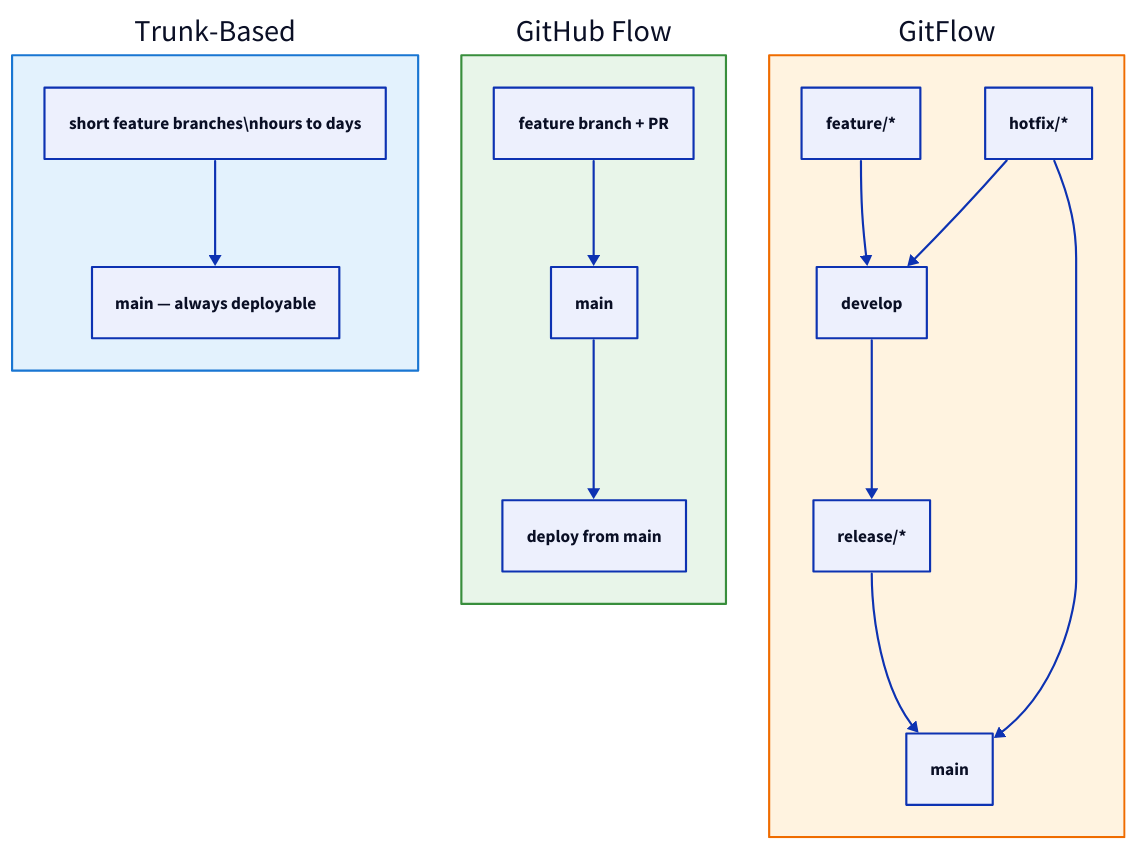
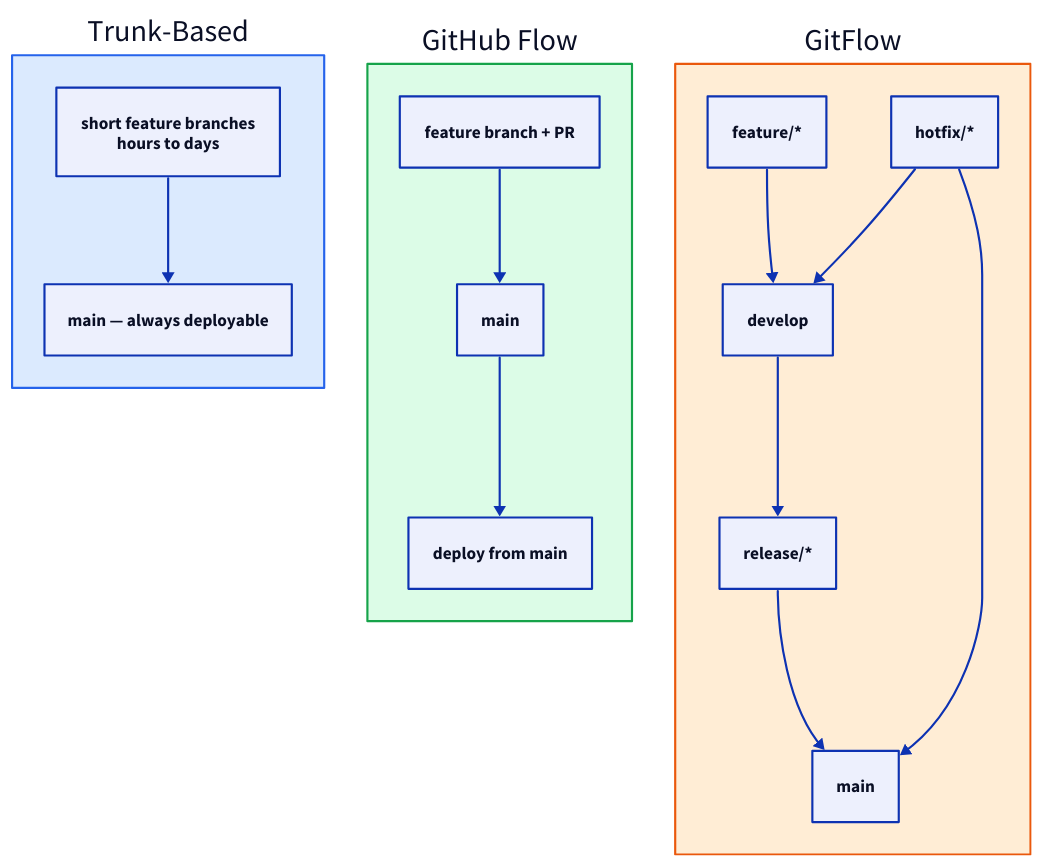
One commit to rebash-rebash/rebash-academy changed the diagram in docs/git/advanced-git-workflows.md. Above: the diagram before and after it, drawn with D2. The commit also changed 177 other files, not shown here.

First line of the commit message:
Ship Terraform track, diagram polish, and new brand favicon.

````diff
--- a/docs/git/advanced-git-workflows.md
+++ b/docs/git/advanced-git-workflows.md
@@ -48,40 +48,40 @@
 ```d2
 direction: down
 
 TBD: Trunk-Based {
       style: {
-        fill: "#e3f2fd"
-        stroke: "#1976d2"
+        fill: "#dbeafe"
+        stroke: "#2563eb"
       }
         MAIN1: "main — always deployable"
-        FB1: "short feature branches\\nhours to days"
+        FB1: "short feature branches\nhours to days"
         FB1 -> MAIN1
     }
     GHF: "GitHub Flow" {
       style: {
-        fill: "#e8f5e9"
-        stroke: "#388e3c"
+        fill: "#dcfce7"
+        stroke: "#16a34a"
       }
         MAIN2: main
         FB2: "feature branch + PR"
         FB2 -> MAIN2
         DEPLOY: "deploy from main"
         MAIN2 -> DEPLOY
     }
     GF: GitFlow {
       style: {
-        fill: "#fff3e0"
-        stroke: "#ef6c00"
+        fill: "#ffedd5"
+        stroke: "#ea580c"
       }
         MAIN3: main
         DEV: develop
         FEAT: "feature/*"
         REL: "release/*"
         HOT: "hotfix/*"
         FEAT -> DEV
         DEV -> REL
         REL -> MAIN3
         HOT -> MAIN3
         HOT -> DEV
     }
 ```
````
